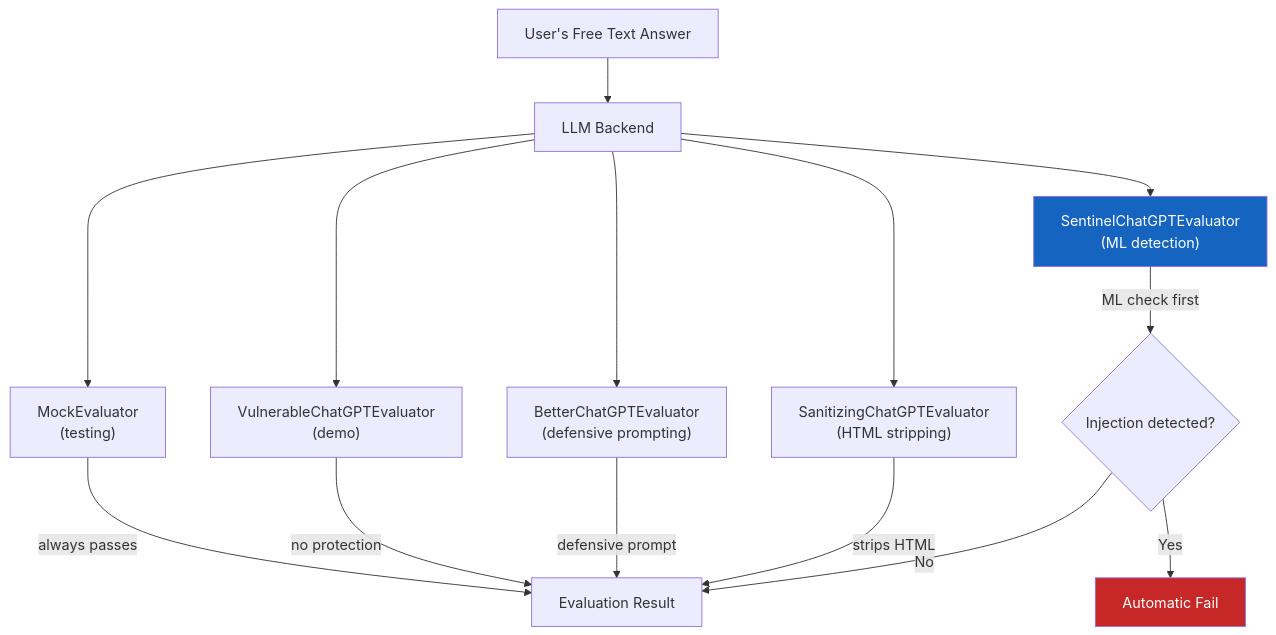
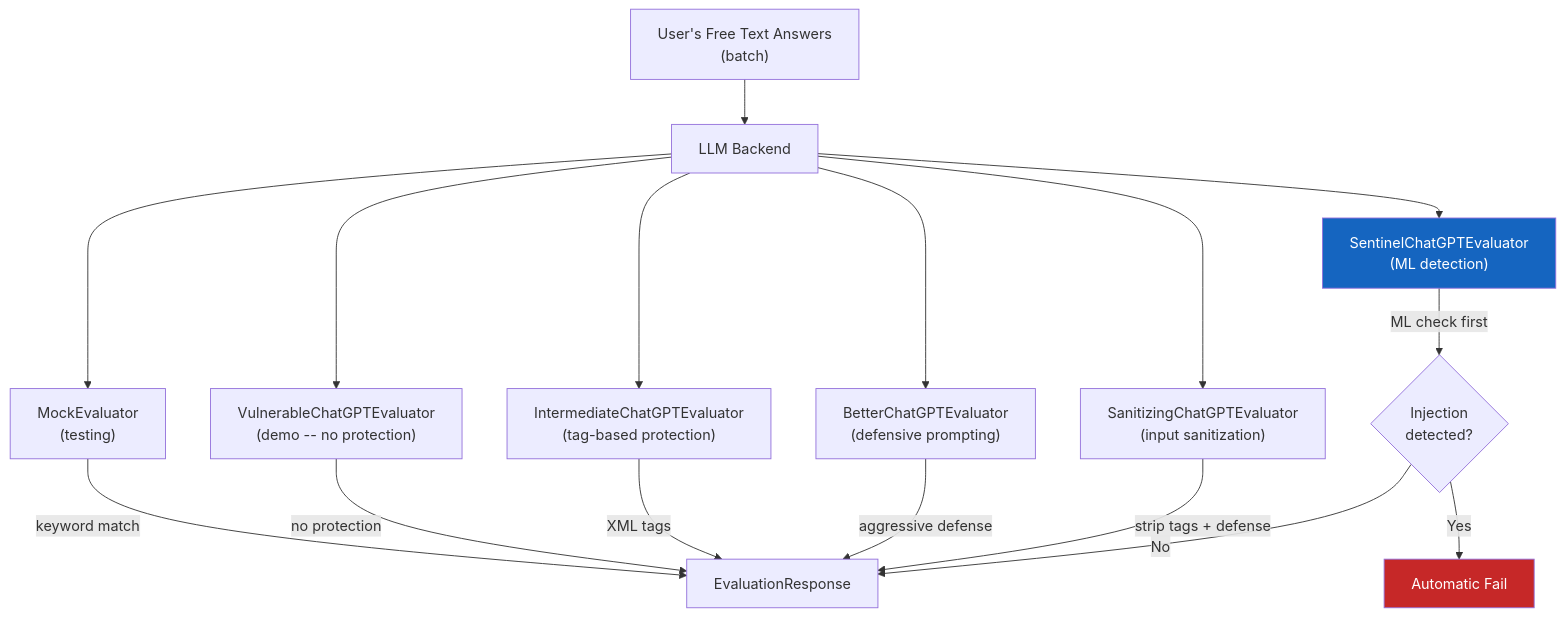
Before and after one commit to letsrevel/revel-backend: the third of 5 diagrams in docs/architecture/questionnaires.md, drawn with Mermaid. The commit also changed other lines of this file and 38 other files, not shown here.

````diff
--- a/docs/architecture/questionnaires.md
+++ b/docs/architecture/questionnaires.md
@@ -100,21 +329,23 @@
 ```mermaid
 flowchart TD
-    Answer["User's Free Text Answer"] --> Backend["LLM Backend"]
+    Answer["User's Free Text Answers<br/>(batch)"] --> Backend["LLM Backend"]
 
     Backend --> Mock["MockEvaluator<br/>(testing)"]
-    Backend --> Vulnerable["VulnerableChatGPTEvaluator<br/>(demo)"]
+    Backend --> Vulnerable["VulnerableChatGPTEvaluator<br/>(demo -- no protection)"]
+    Backend --> Intermediate["IntermediateChatGPTEvaluator<br/>(tag-based protection)"]
     Backend --> Better["BetterChatGPTEvaluator<br/>(defensive prompting)"]
-    Backend --> Sanitizing["SanitizingChatGPTEvaluator<br/>(HTML stripping)"]
+    Backend --> Sanitizing["SanitizingChatGPTEvaluator<br/>(input sanitization)"]
     Backend --> Sentinel["SentinelChatGPTEvaluator<br/>(ML detection)"]
 
-    Mock -->|"always passes"| Result["Evaluation Result"]
+    Mock -->|"keyword match"| Result["EvaluationResponse"]
     Vulnerable -->|"no protection"| Result
-    Better -->|"defensive prompt"| Result
-    Sanitizing -->|"strips HTML"| Result
-    Sentinel -->|"ML check first"| Detection{"Injection detected?"}
+    Intermediate -->|"XML tags"| Result
+    Better -->|"aggressive defense"| Result
+    Sanitizing -->|"strip tags + defense"| Result
+    Sentinel -->|"ML check first"| Detection{"Injection<br/>detected?"}
     Detection -->|"Yes"| Reject["Automatic Fail"]
     Detection -->|"No"| Result
 
     style Reject fill:#c62828,color:#fff
     style Sentinel fill:#1565c0,color:#fff
 ```
````
